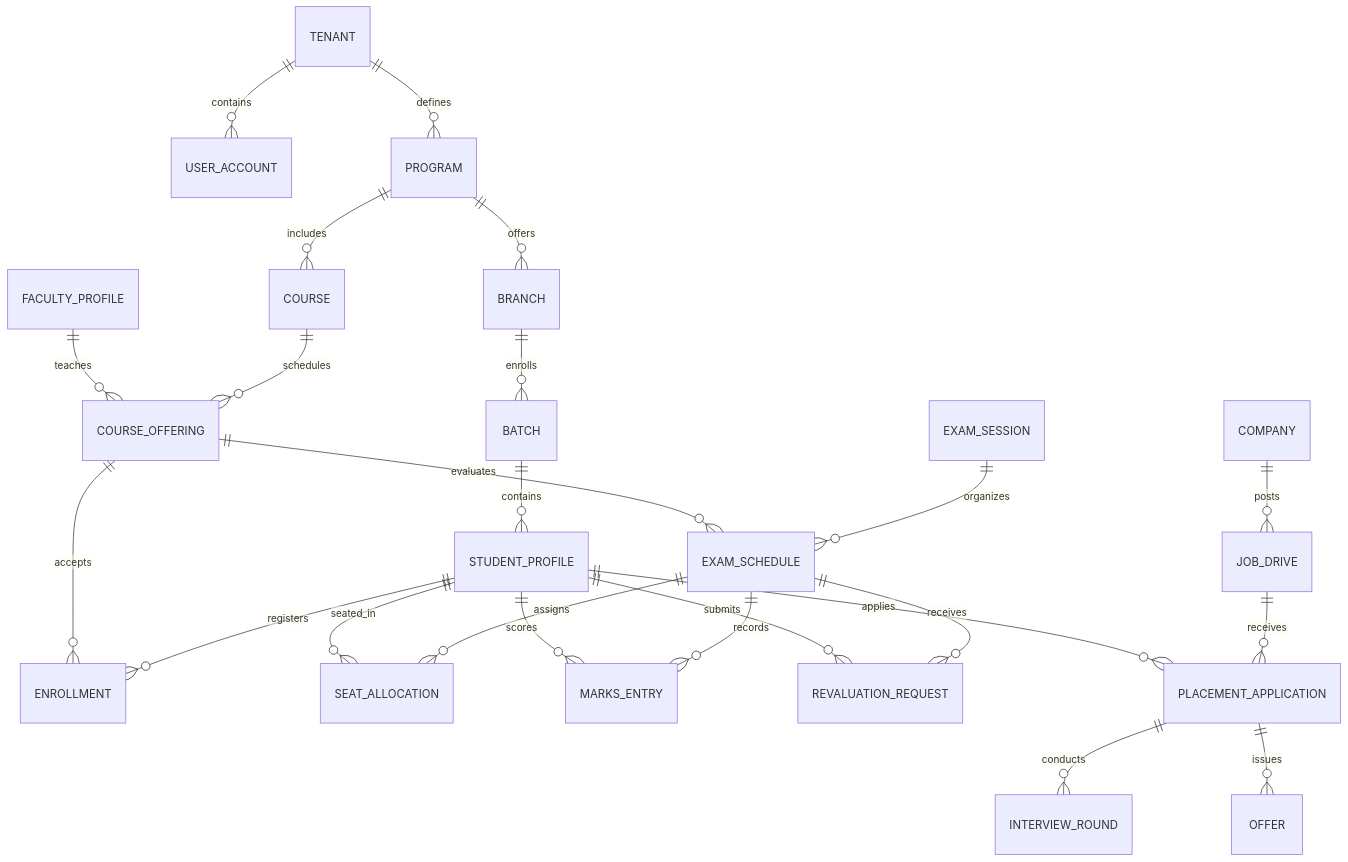
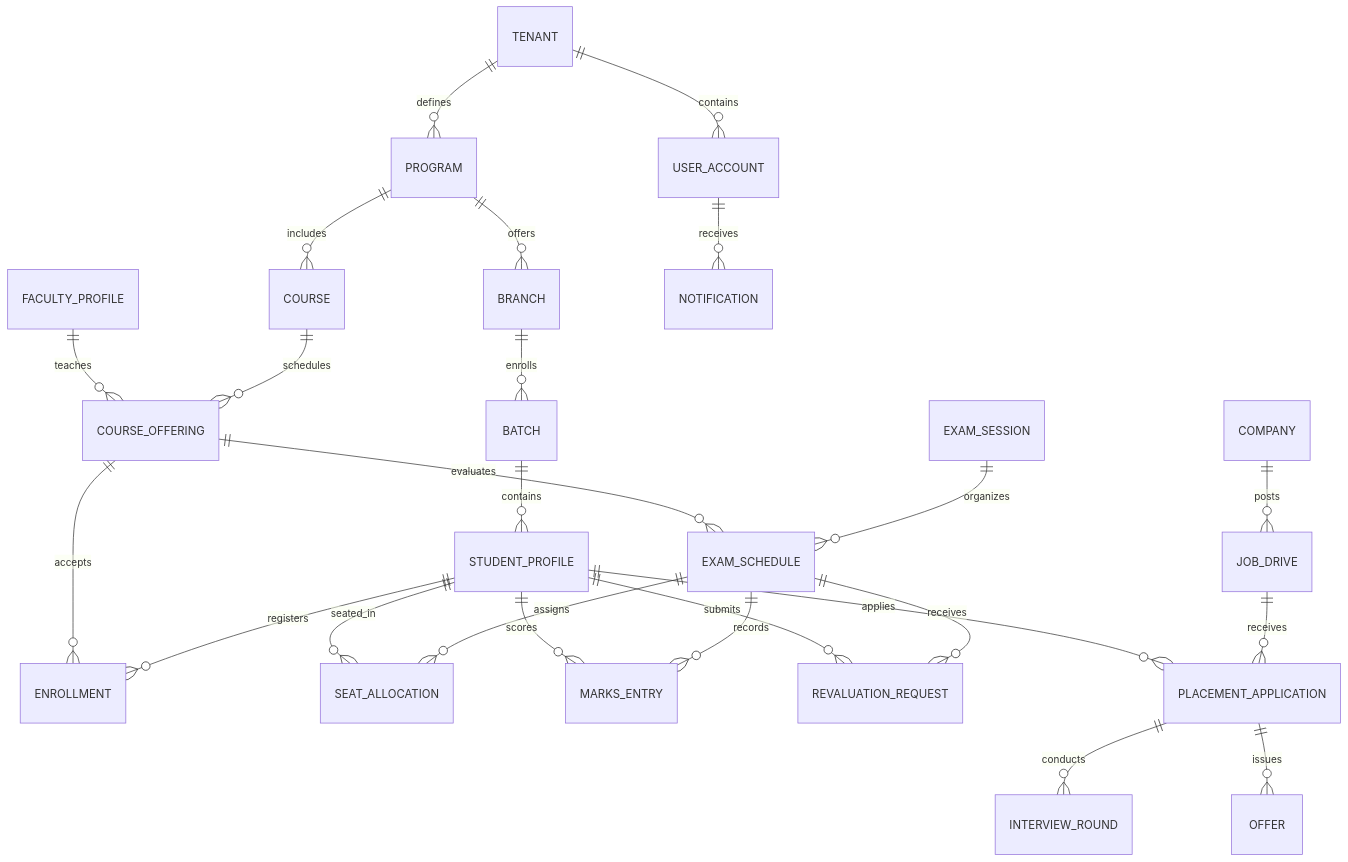
The second of 3 diagrams in README.md (VedantPanchal23/ctri-dg_college-ERP), drawn with Mermaid before and after one commit. The commit also changed other lines of this file, not shown here.

Commit message:
docs: update README with full-stack React SPA architecture, notifications, user provisioning, and documentation hub

````diff
--- a/README.md
+++ b/README.md
@@ -79,28 +90,30 @@
 ```mermaid
 erDiagram
     TENANT ||--o{ USER_ACCOUNT : contains
     TENANT ||--o{ PROGRAM : defines
     PROGRAM ||--o{ BRANCH : offers
     BRANCH ||--o{ BATCH : enrolls
     BATCH ||--o{ STUDENT_PROFILE : contains
     PROGRAM ||--o{ COURSE : includes
     COURSE ||--o{ COURSE_OFFERING : schedules
     FACULTY_PROFILE ||--o{ COURSE_OFFERING : teaches
     STUDENT_PROFILE ||--o{ ENROLLMENT : registers
     COURSE_OFFERING ||--o{ ENROLLMENT : accepts
     
     EXAM_SESSION ||--o{ EXAM_SCHEDULE : organizes
     COURSE_OFFERING ||--o{ EXAM_SCHEDULE : evaluates
     EXAM_SCHEDULE ||--o{ SEAT_ALLOCATION : assigns
     STUDENT_PROFILE ||--o{ SEAT_ALLOCATION : seated_in
     EXAM_SCHEDULE ||--o{ MARKS_ENTRY : records
     STUDENT_PROFILE ||--o{ MARKS_ENTRY : scores
     EXAM_SCHEDULE ||--o{ REVALUATION_REQUEST : receives
     STUDENT_PROFILE ||--o{ REVALUATION_REQUEST : submits
     
     COMPANY ||--o{ JOB_DRIVE : posts
     JOB_DRIVE ||--o{ PLACEMENT_APPLICATION : receives
     STUDENT_PROFILE ||--o{ PLACEMENT_APPLICATION : applies
     PLACEMENT_APPLICATION ||--o{ INTERVIEW_ROUND : conducts
     PLACEMENT_APPLICATION ||--o{ OFFER : issues
+
+    USER_ACCOUNT ||--o{ NOTIFICATION : receives
 ```
````
